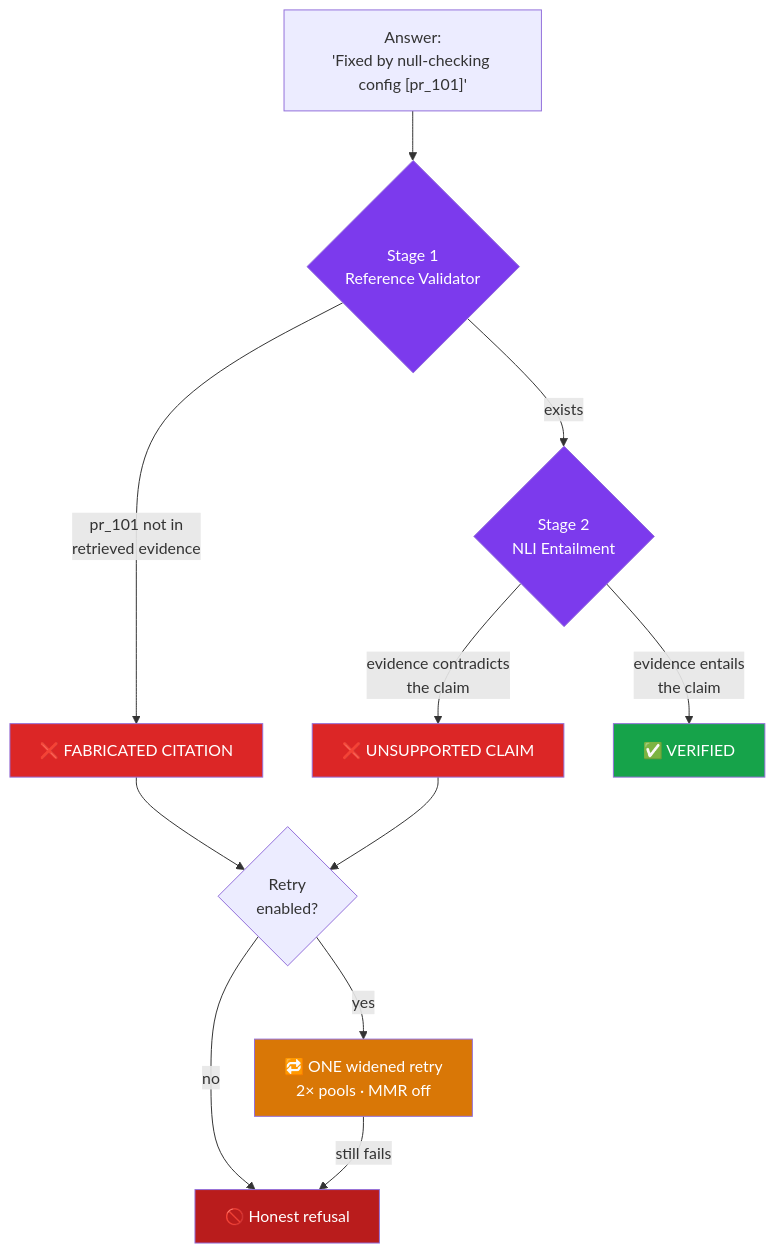
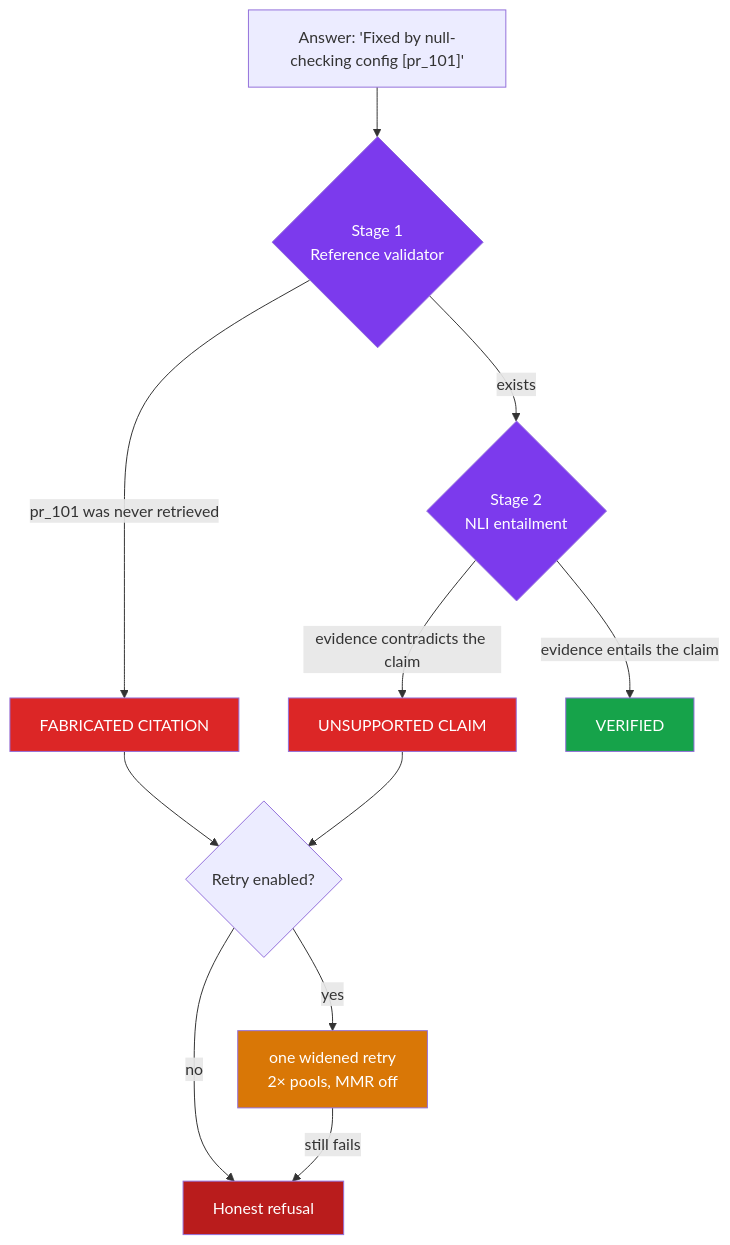
The third of 3 diagrams in README.md (sairamsrujan/RepoMind), drawn with Mermaid before and after one commit. The commit also changed other lines of this file and 10 other files, not shown here.

Commit message:
Rewrite the README evidence-first; remove dead config and stale claims

````diff
--- a/README.md
+++ b/README.md
@@ -201,22 +158,22 @@
 ```mermaid
 flowchart TB
-    A["Answer:<br/>'Fixed by null-checking config [pr_101]'"] --> B{"Stage 1<br/>Reference Validator"}
-    B -->|"pr_101 not in<br/>retrieved evidence"| F1["❌ FABRICATED CITATION"]
-    B -->|exists| C{"Stage 2<br/>NLI Entailment"}
-    C -->|"evidence contradicts<br/>the claim"| F2["❌ UNSUPPORTED CLAIM"]
-    C -->|"evidence entails<br/>the claim"| OK["✅ VERIFIED"]
+    A["Answer: 'Fixed by null-checking config [pr_101]'"] --> B{"Stage 1<br/>Reference validator"}
+    B -->|"pr_101 was never retrieved"| F1["FABRICATED CITATION"]
+    B -->|exists| C{"Stage 2<br/>NLI entailment"}
+    C -->|"evidence contradicts the claim"| F2["UNSUPPORTED CLAIM"]
+    C -->|"evidence entails the claim"| OK["VERIFIED"]
 
-    F1 --> R{"Retry<br/>enabled?"}
+    F1 --> R{"Retry enabled?"}
     F2 --> R
-    R -->|yes| RT["🔁 ONE widened retry<br/>2× pools · MMR off"]
-    R -->|no| REF["🚫 Honest refusal"]
+    R -->|yes| RT["one widened retry<br/>2× pools, MMR off"]
+    R -->|no| REF["Honest refusal"]
     RT -->|still fails| REF
 
     style B fill:#7c3aed,color:#fff
     style C fill:#7c3aed,color:#fff
     style OK fill:#16a34a,color:#fff
     style F1 fill:#dc2626,color:#fff
     style F2 fill:#dc2626,color:#fff
     style REF fill:#b91c1c,color:#fff
     style RT fill:#d97706,color:#fff
 ```
````
